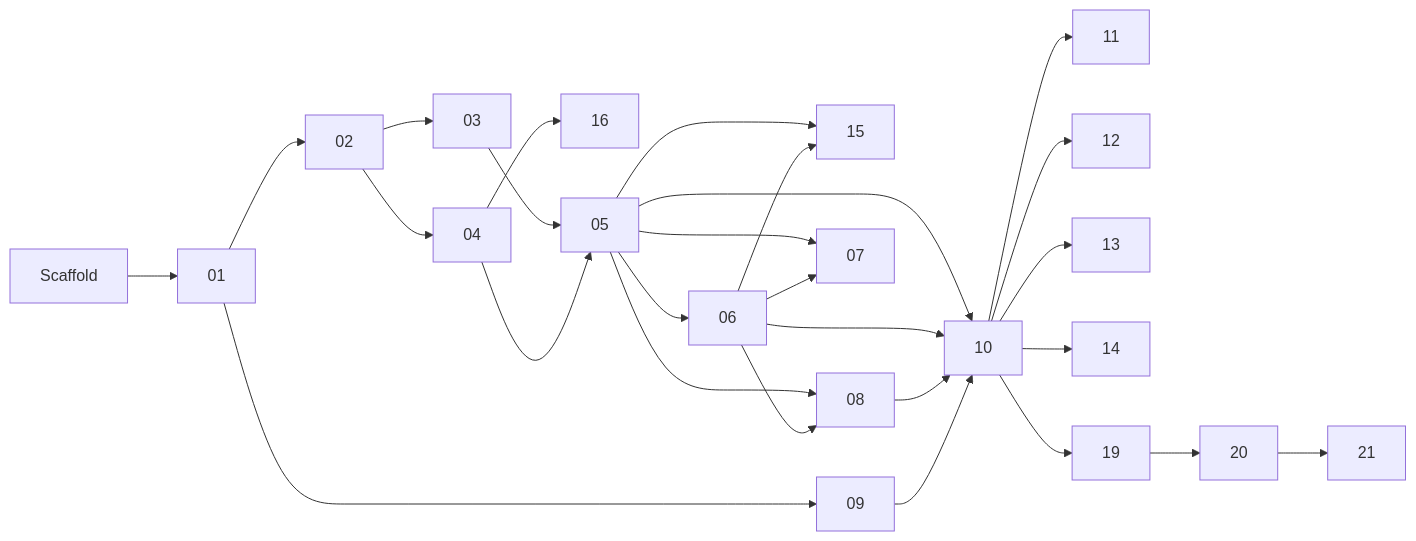
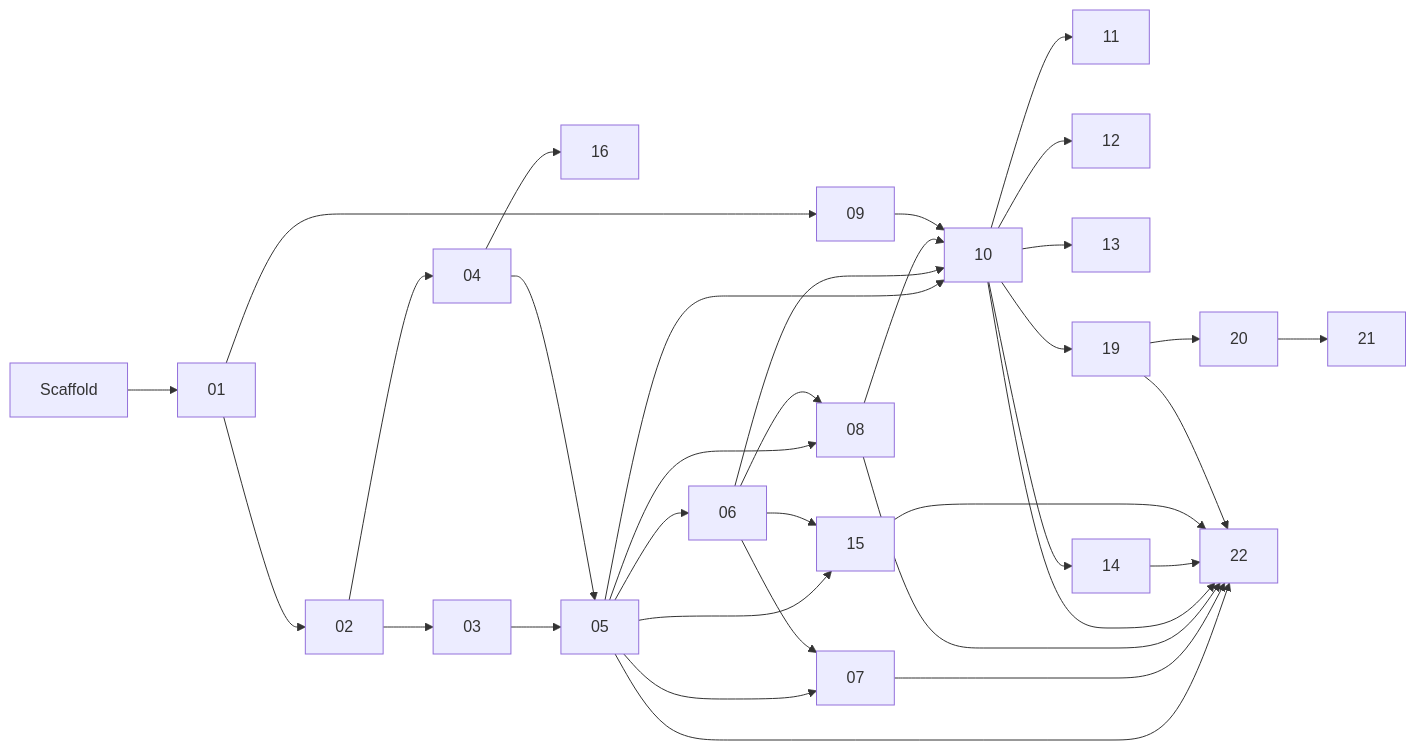
One commit to jopealgorta/physio-trainer changed the diagram in docs/specs/README.md. Above: the diagram before and after it, drawn with Mermaid. The commit also changed other lines of this file and 81 other files, not shown here.

````diff
--- a/docs/specs/README.md
+++ b/docs/specs/README.md
@@ -36,14 +37,15 @@
 ```mermaid
 graph LR
   S[Scaffold] --> 01
   01 --> 02 --> 03 & 04
   01 --> 09
   03 & 04 --> 05 --> 06
   05 & 06 --> 07 & 08 & 15
   04 --> 16
   05 & 06 & 08 & 09 --> 10
   10 --> 11 & 12 & 13 & 14
   10 --> 19
   19 --> 20
   20 --> 21
+  05 & 07 & 08 & 10 & 14 & 15 & 19 --> 22
 ```
````
